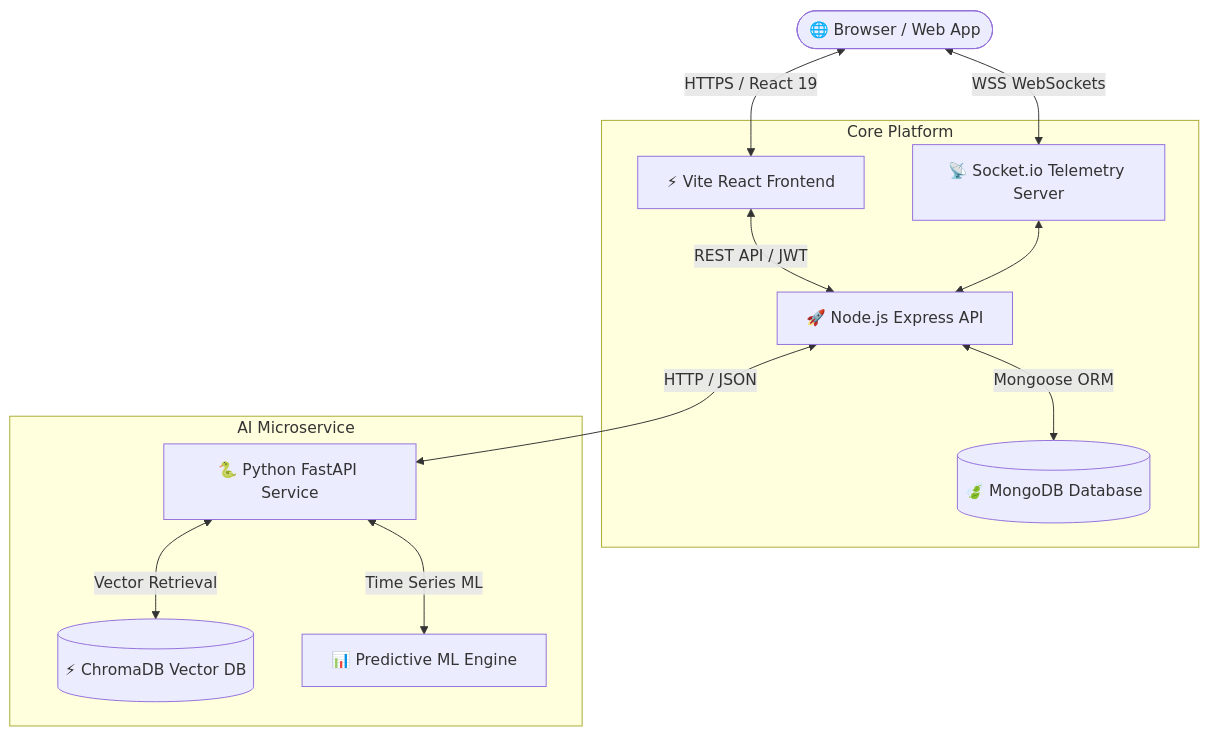
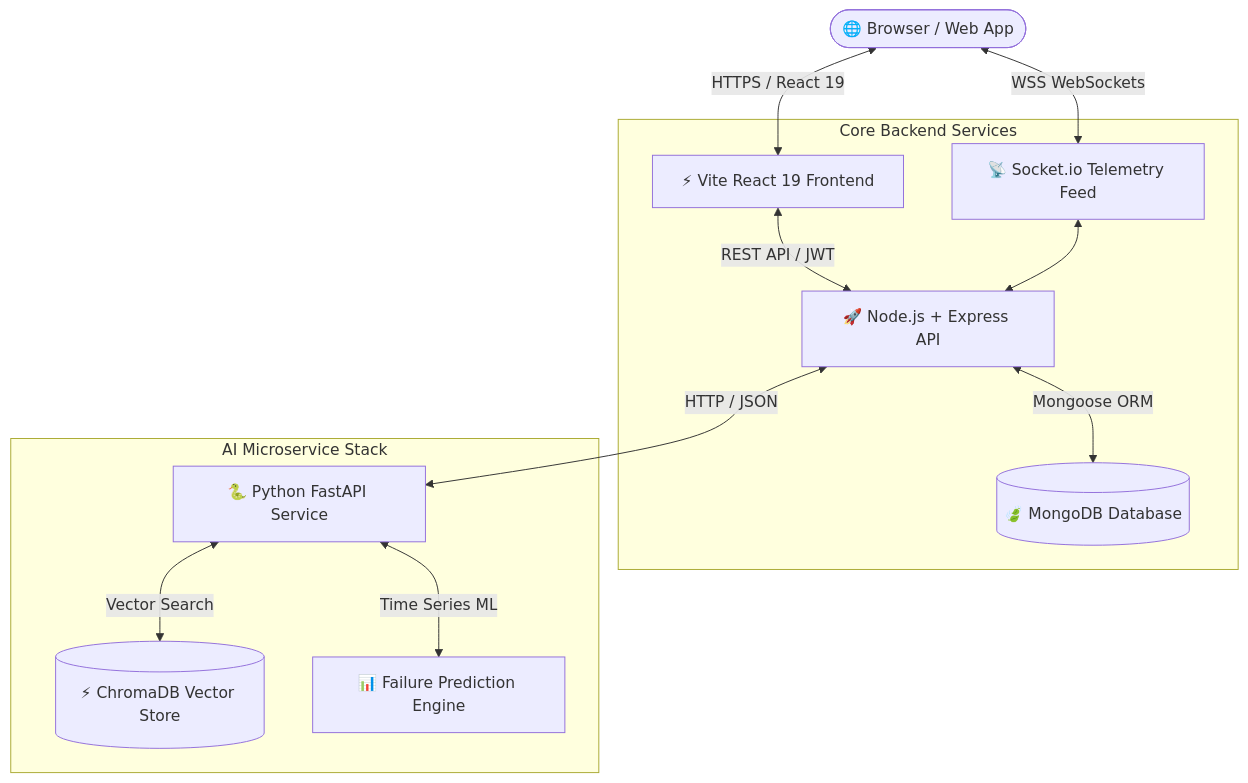
The diagram in README.md (GVBharadwaj18/FleetFlow), drawn with Mermaid before and after one commit. The commit also changed other lines of this file and 1 other file, not shown here.

````diff
--- a/README.md
+++ b/README.md
@@ -20,17 +31,17 @@
 ```mermaid
 graph TD
-    User([🌐 Browser / Web App]) <-->|HTTPS / React 19| Vite[⚡ Vite React Frontend]
-    User <-->|WSS WebSockets| TelemetryStream[📡 Socket.io Telemetry Server]
+    User([🌐 Browser / Web App]) <-->|HTTPS / React 19| Vite[⚡ Vite React 19 Frontend]
+    User <-->|WSS WebSockets| TelemetryStream[📡 Socket.io Telemetry Feed]
 
-    subgraph Core Platform
-        Vite <-->|REST API / JWT| NodeBackend[🚀 Node.js Express API]
+    subgraph Core Backend Services
+        Vite <-->|REST API / JWT| NodeBackend[🚀 Node.js + Express API]
         NodeBackend <-->|Mongoose ORM| MongoDB[(🍃 MongoDB Database)]
         TelemetryStream <--> NodeBackend
     end
 
-    subgraph AI Microservice
+    subgraph AI Microservice Stack
         NodeBackend <-->|HTTP / JSON| FastAPI[🐍 Python FastAPI Service]
-        FastAPI <-->|Vector Retrieval| ChromaDB[(⚡ ChromaDB Vector DB)]
-        FastAPI <-->|Time Series ML| Scikit[📊 Predictive ML Engine]
+        FastAPI <-->|Vector Search| ChromaDB[(⚡ ChromaDB Vector Store)]
+        FastAPI <-->|Time Series ML| Scikit[📊 Failure Prediction Engine]
     end
 ```
````
